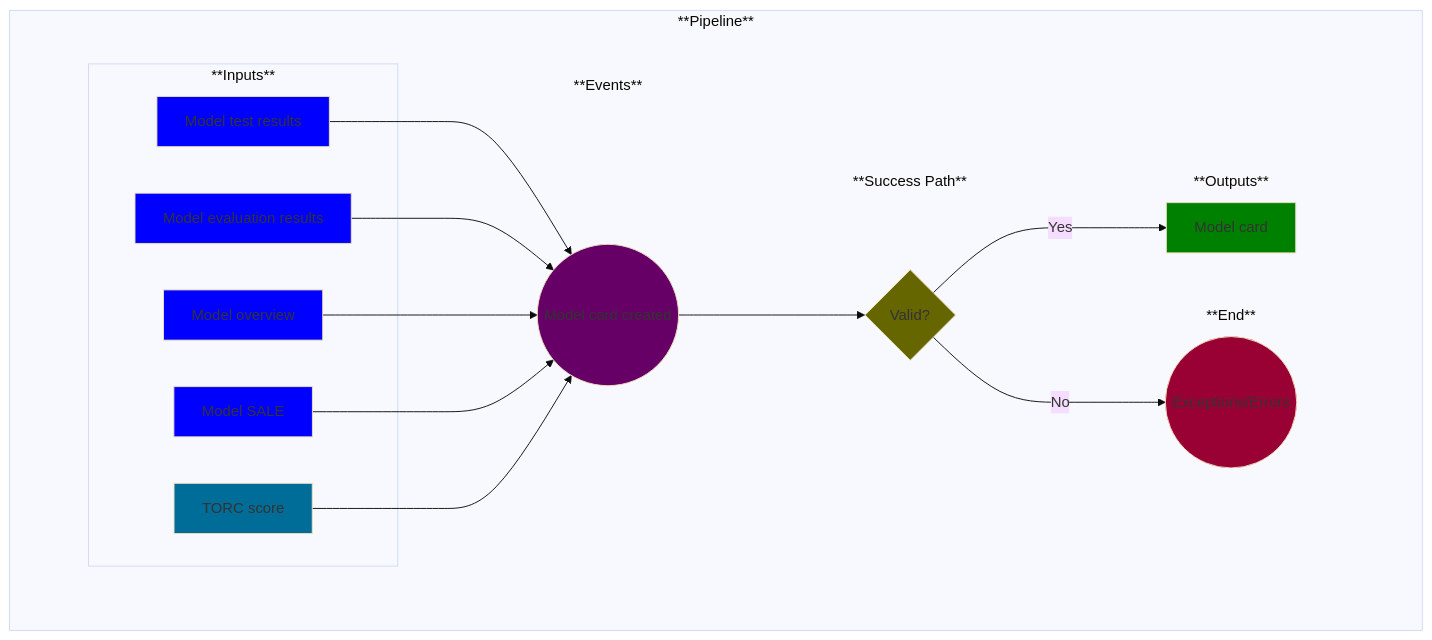
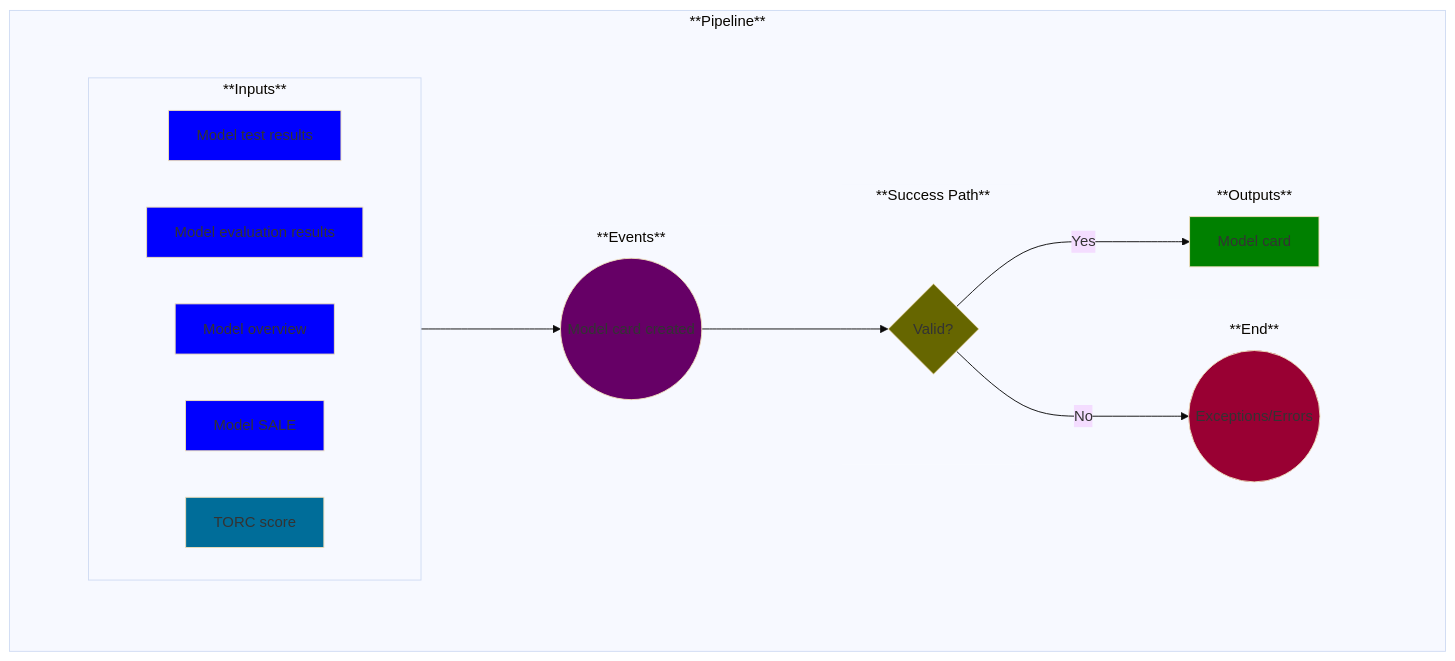
One commit to MLOps-OpenAPI/arch-diagrams changed the diagram in use-cases/15-model-card-created.md. Above: the diagram before and after it, drawn with Mermaid (base theme). The commit also changed 20 other files, not shown here.

```diff
--- a/use-cases/15-model-card-created.md
+++ b/use-cases/15-model-card-created.md
@@ -34,17 +34,9 @@
             %% Add the rest of the nodes
             subgraph Inputs ["**Inputs**"]
                 A1
-            end
-            subgraph Inputs ["**Inputs**"]
                 A2
-            end
-            subgraph Inputs ["**Inputs**"]
                 A3
-            end
-            subgraph Inputs ["**Inputs**"]
                 A4
-            end
-            subgraph Inputs ["**Inputs**"]
                 A5
             end
             subgraph Events ["**Events**"]
@@ -60,11 +52,7 @@
                 E
             end
         end
-        A1-->B
-        A2-->B
-        A3-->B
-        A4-->B
-        A5-->B
+        Inputs-->B
         C--> | No | D
         B-->C
         C--> | Yes | E
@@ -102,8 +90,7 @@
 
     %% Remove unnecessary box outlines
     style invisibleSpace stroke-width:0
-    style Inputs stroke-width:0
-    style Events stroke-width:0
+        style Events stroke-width:0
     style End stroke-width:0
     style Success stroke-width:0
     style Outputs stroke-width:0
```
